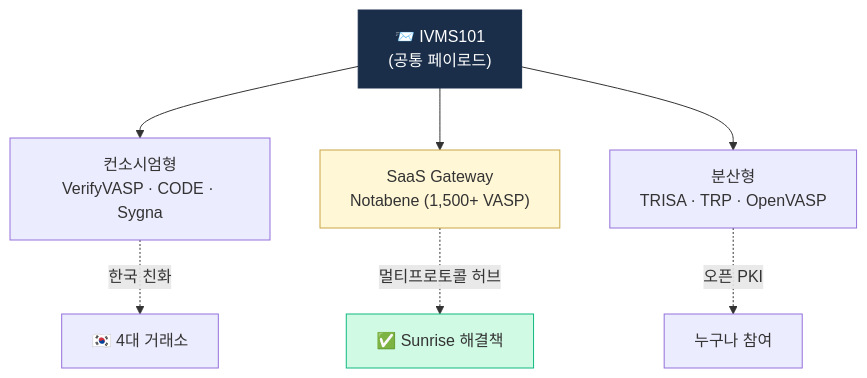
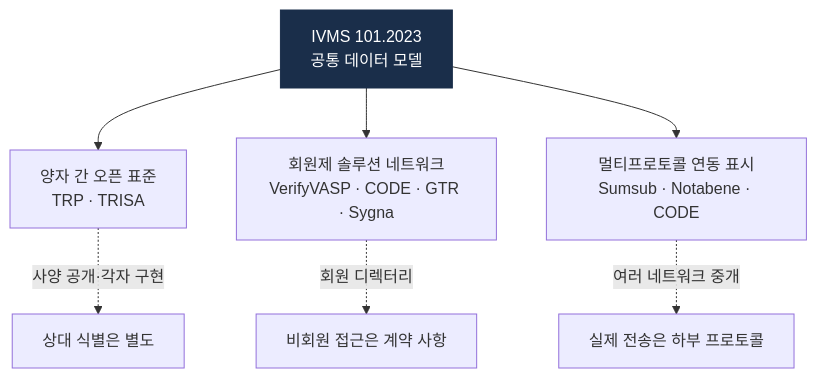
Before and after one commit to lala-david/aml-notes: the first of 3 diagrams in notes/7-vendors/travel-rule-vendors.md, drawn with Mermaid. The commit also changed other lines of this file and 379 other files, not shown here.

First line of the commit message:
notes,kb,en,deep,charts: 2026-10-21 기준 정정 46건 반영 — 출처 없는 수치를 걷어내고 다이어그램을 다시 그림

````diff
--- a/notes/7-vendors/travel-rule-vendors.md
+++ b/notes/7-vendors/travel-rule-vendors.md
@@ -15,12 +15,10 @@
 ```mermaid
 flowchart TB
-    M["📨 IVMS101<br/>(공통 페이로드)"] --> CON["컨소시엄형<br/>VerifyVASP · CODE · Sygna"]
-    M --> SAAS["SaaS Gateway<br/>Notabene (1,500+ VASP)"]
-    M --> DIST["분산형<br/>TRISA · TRP · OpenVASP"]
-    CON -.한국 친화.-> KR["🇰🇷 4대 거래소"]
-    SAAS -.멀티프로토콜 허브.-> ALL["✅ Sunrise 해결책"]
-    DIST -.오픈 PKI.-> OPEN["누구나 참여"]
+    M["IVMS 101.2023<br/>공통 데이터 모델"] --> OPEN["양자 간 오픈 표준<br/>TRP · TRISA"]
+    M --> NET["회원제 솔루션 네트워크<br/>VerifyVASP · CODE · GTR · Sygna"]
+    M --> HUB["멀티프로토콜 연동 표시<br/>Sumsub · Notabene · CODE"]
+    OPEN -.사양 공개·각자 구현.-> O2["상대 식별은 별도"]
+    NET -.회원 디렉터리.-> N2["비회원 접근은 계약 사항"]
+    HUB -.여러 네트워크 중개.-> H2["실제 전송은 하부 프로토콜"]
     style M fill:#1a2e4a,color:#fff,stroke:#1a2e4a
-    style SAAS fill:#fff7d6,stroke:#c9a646
-    style ALL fill:#d1fae5,stroke:#10b981
 ```
````
